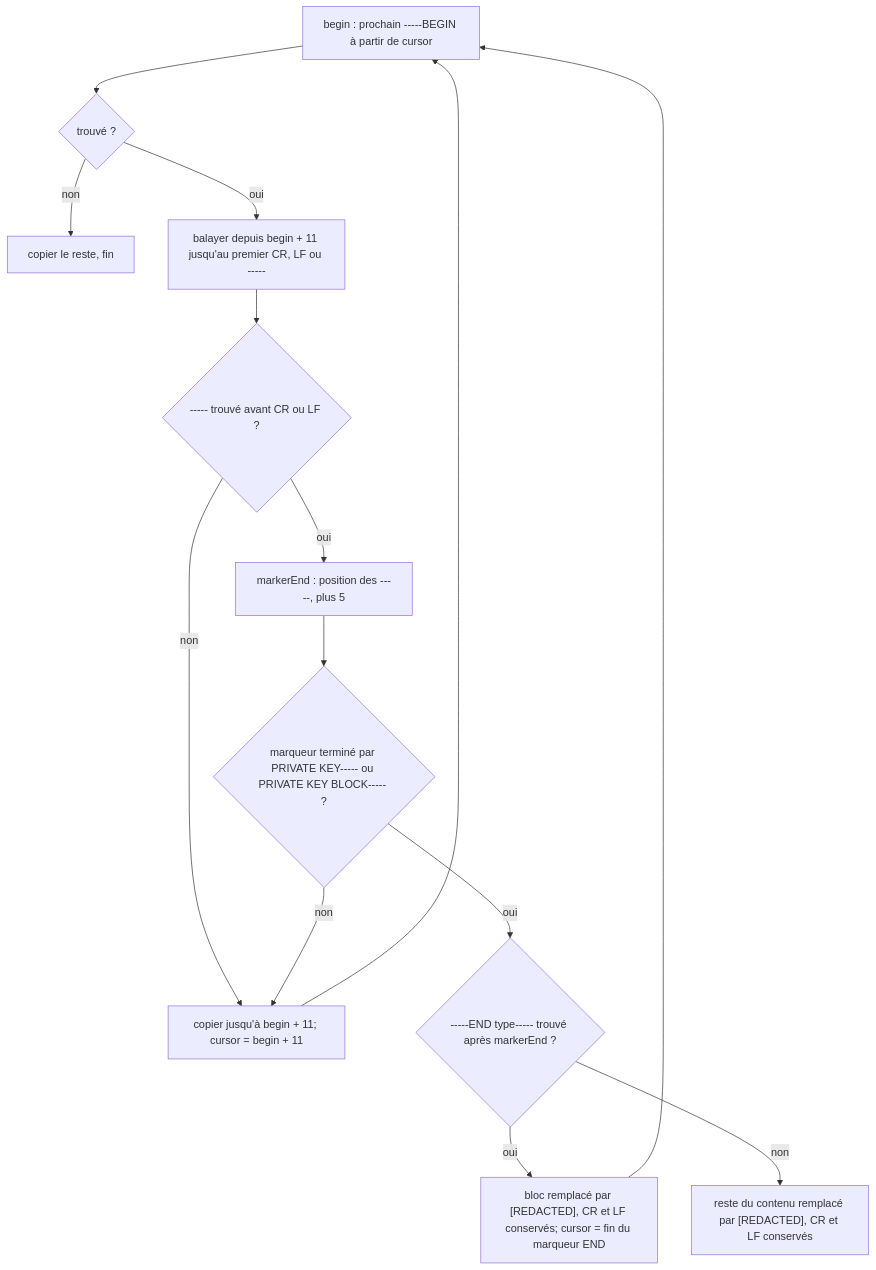
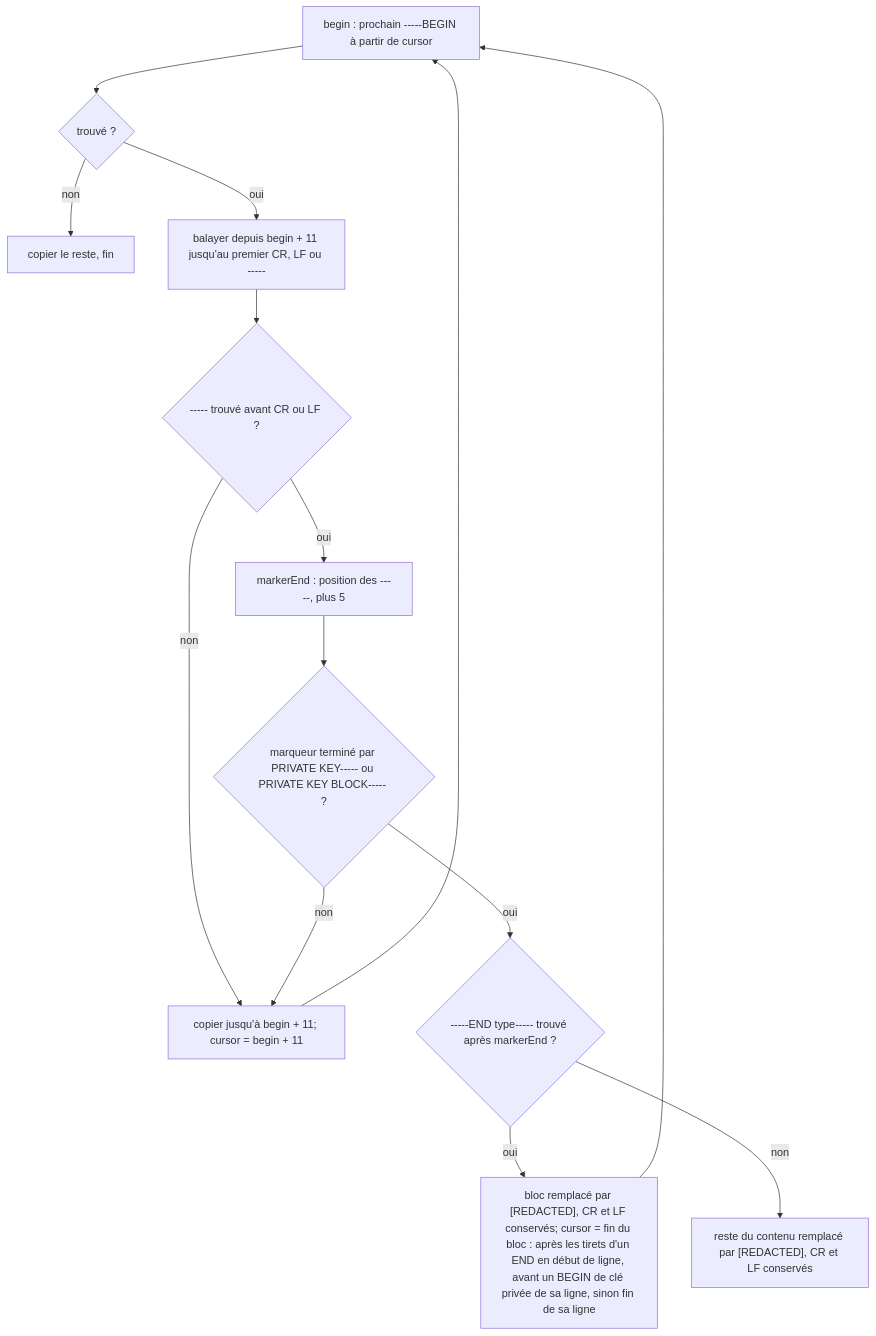
One commit to FTurleque/nexus-context-engine changed the fifth of 6 diagrams in docs/developer/secret-redaction.md. Above: the diagram before and after it, drawn with Mermaid. The commit also changed other lines of this file and 37 other files, not shown here.

````diff
--- a/docs/developer/secret-redaction.md
+++ b/docs/developer/secret-redaction.md
@@ -203,16 +204,16 @@
 ```mermaid
 flowchart TD
     A["begin : prochain -----BEGIN à partir de cursor"] --> B{"trouvé ?"}
     B -- non --> Z["copier le reste, fin"]
     B -- oui --> C["balayer depuis begin + 11 jusqu'au premier CR, LF ou -----"]
     C --> L{"----- trouvé avant CR ou LF ?"}
     L -- non --> E["copier jusqu'à begin + 11; cursor = begin + 11"]
     L -- oui --> M["markerEnd : position des -----, plus 5"]
     M --> D{"marqueur terminé par PRIVATE KEY----- ou PRIVATE KEY BLOCK----- ?"}
     D -- non --> E
     E --> A
     D -- oui --> F{"-----END type----- trouvé après markerEnd ?"}
-    F -- oui --> G["bloc remplacé par [REDACTED], CR et LF conservés; cursor = fin du marqueur END"]
+    F -- oui --> G["bloc remplacé par [REDACTED], CR et LF conservés; cursor = fin du bloc : après les tirets d'un END en début de ligne, avant un BEGIN de clé privée de sa ligne, sinon fin de sa ligne"]
     F -- non --> H["reste du contenu remplacé par [REDACTED], CR et LF conservés"]
     G --> A
 ```
````
